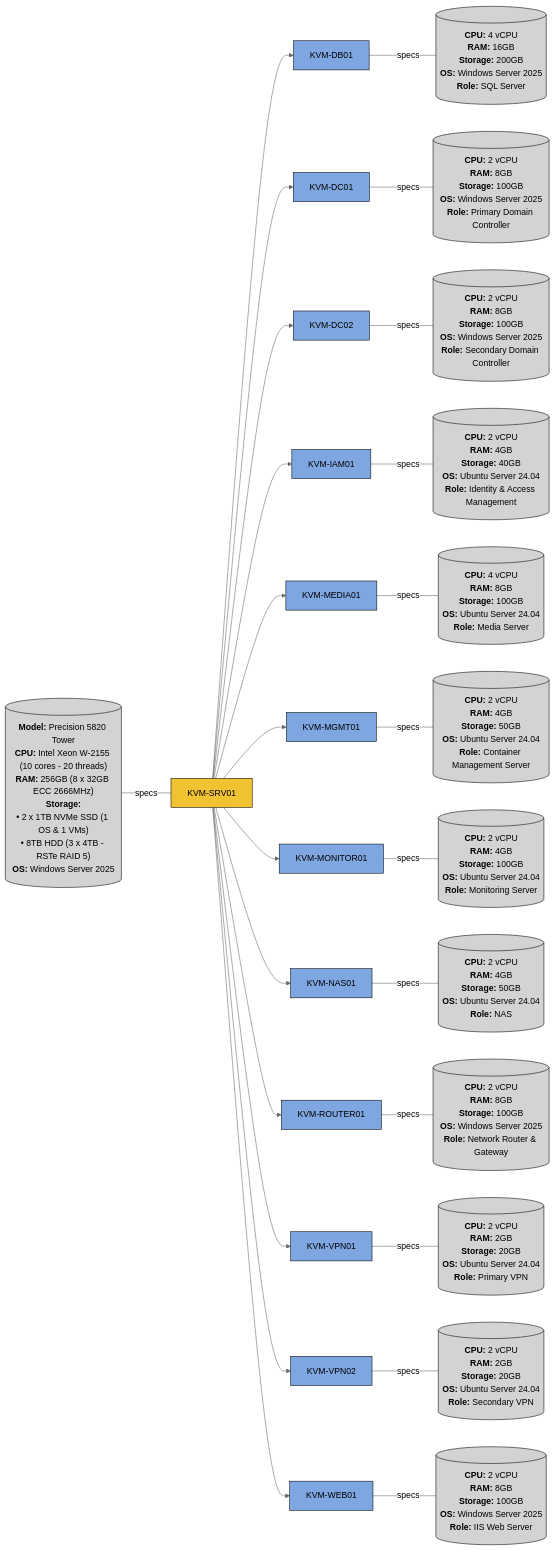
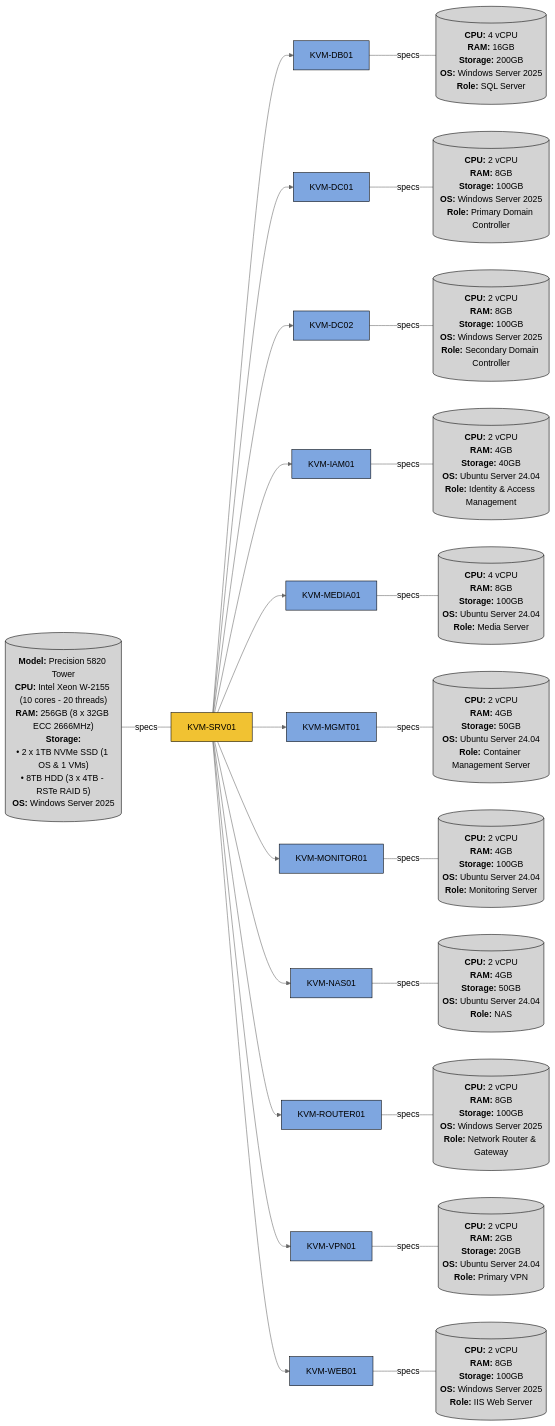
The diagram in README.md (khangvum/homelab-ansible-config), drawn with Mermaid (neutral theme) before and after one commit.

Commit message:
chore: removed KVM-VPN02 from Infrastructure Overview diagram

```diff
--- a/README.md
+++ b/README.md
@@ -74,11 +74,6 @@
                                                         **Storage:** 20GB
                                                         **OS:** Ubuntu Server 24.04
                                                         **Role:** Primary VPN`")]
-  SRV01 --> VPN02[KVM-VPN02] -- specs --- VPN02_SPECS[("`**CPU:** 2 vCPU
-                                                        **RAM:** 2GB
-                                                        **Storage:** 20GB
-                                                        **OS:** Ubuntu Server 24.04
-                                                        **Role:** Secondary VPN`")]
   SRV01 --> WEB01[KVM-WEB01] -- specs --- WEB01_SPECS[("`**CPU:** 2 vCPU
                                                         **RAM:** 8GB
                                                         **Storage:** 100GB
```
